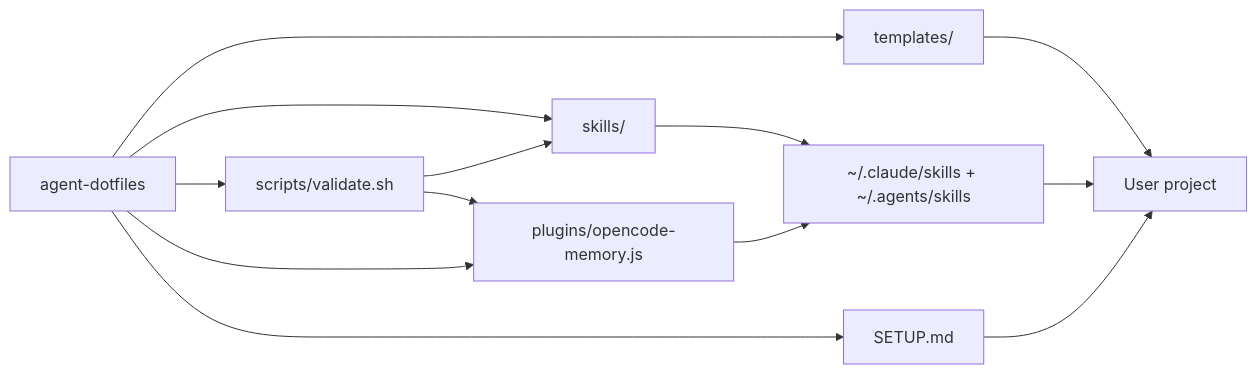
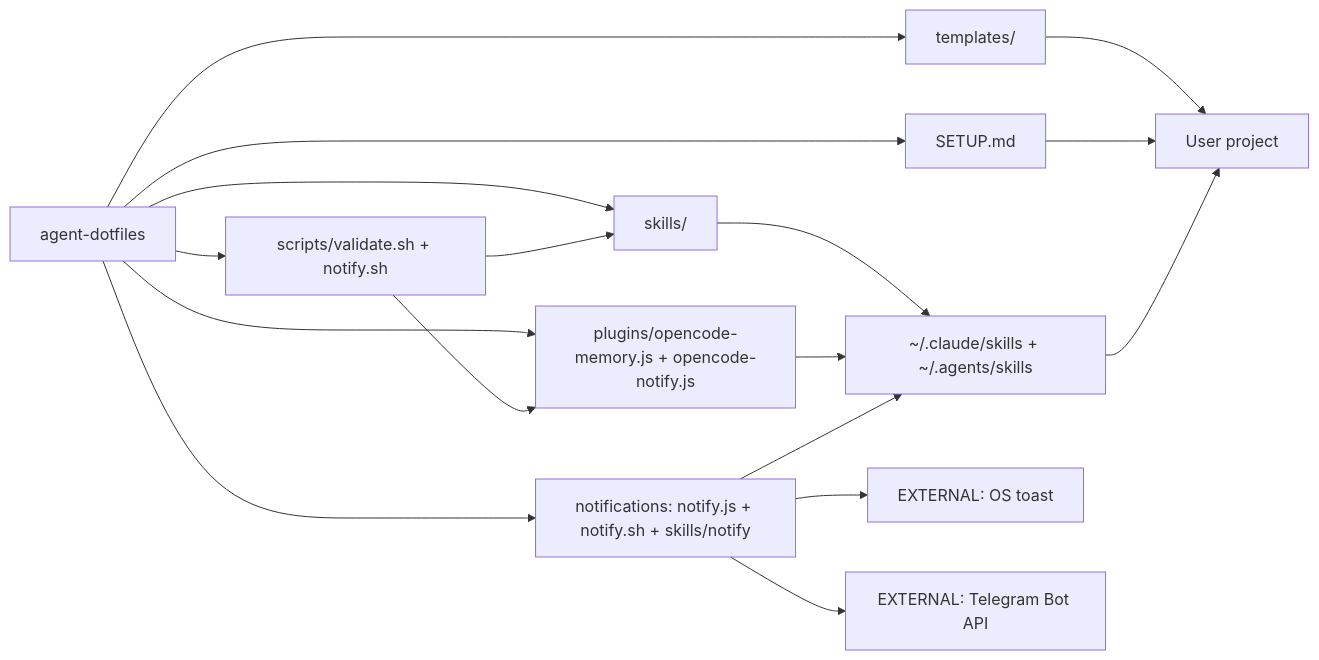
Before and after one commit to thenickz/agent-dotfiles: the diagram in architecture/flows.md, drawn with Mermaid. The commit also changed other lines of this file and 9 other files, not shown here.

Commit message:
feat: add OS and Telegram notifications for opencode

````diff
--- a/architecture/flows.md
+++ b/architecture/flows.md
@@ -37,15 +54,19 @@
 ```mermaid
 flowchart LR
     A[agent-dotfiles] --> A1[templates/]
     A --> A2[skills/]
-    A --> A3[scripts/validate.sh]
-    A --> A4[plugins/opencode-memory.js]
+    A --> A3[scripts/validate.sh + notify.sh]
+    A --> A4[plugins/opencode-memory.js + opencode-notify.js]
     A --> A5[SETUP.md]
+    A --> A6[notifications: notify.js + notify.sh + skills/notify]
     A3 --> A2
     A3 --> A4
     A2 --> B[~/.claude/skills + ~/.agents/skills]
     A4 --> B
+    A6 --> B
+    A6 --> OS[EXTERNAL: OS toast]
+    A6 --> TG[EXTERNAL: Telegram Bot API]
     A1 --> C[User project]
     A5 --> C
     B --> C
 ```
````
